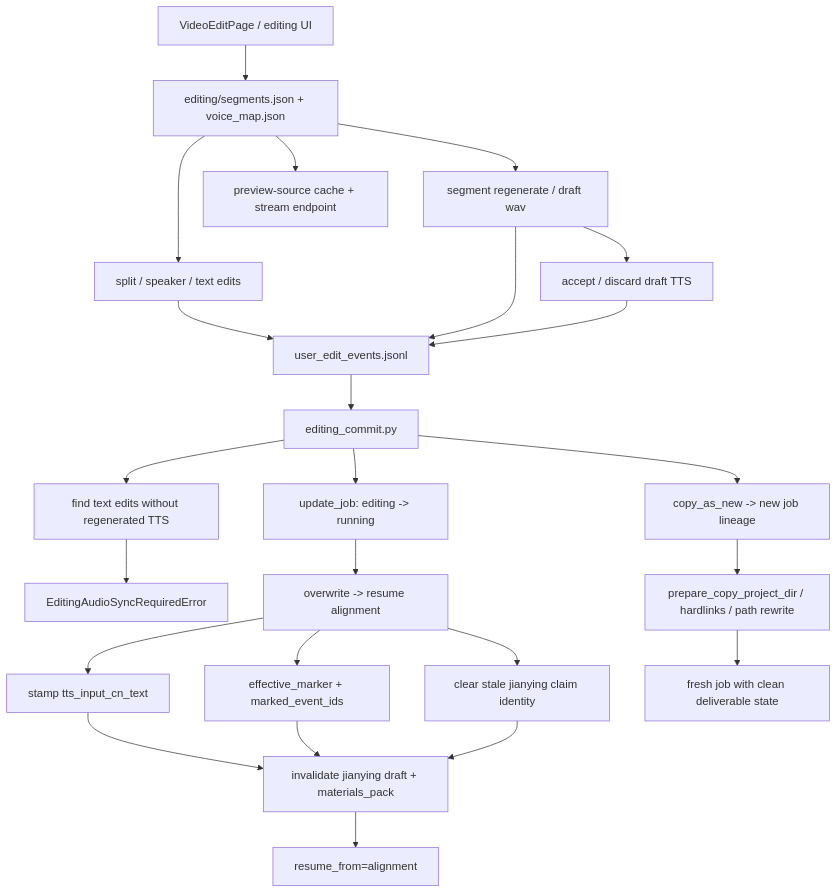
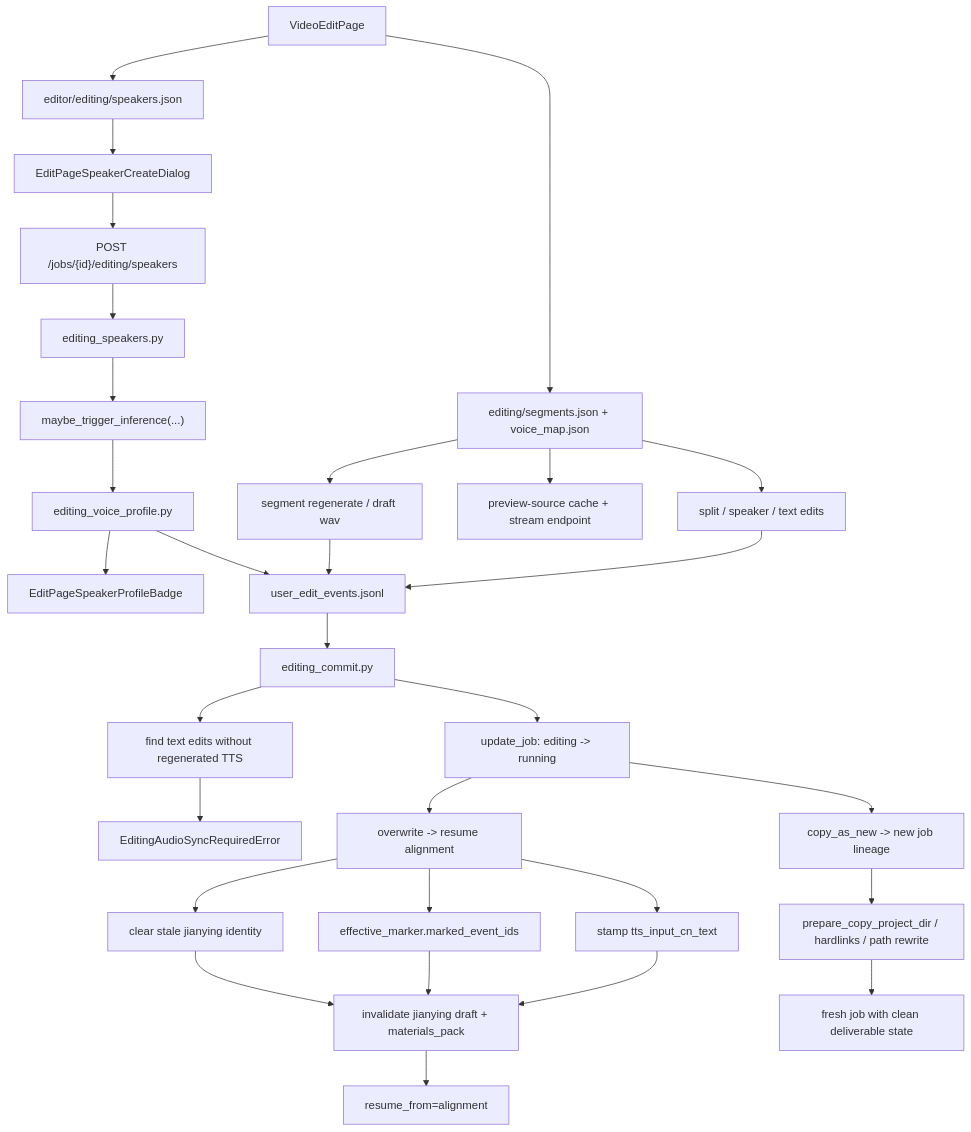
Before and after one commit to sun9bear/AITransVideo: the diagram in docs/graphs/GITNEXUS_EDITING_POST_EDIT_GRAPH.md, drawn with Mermaid. The commit also changed other lines of this file and 5 other files, not shown here.

Commit message:
docs(graphs): refresh GitNexus graphs to 2128003

````diff
--- a/docs/graphs/GITNEXUS_EDITING_POST_EDIT_GRAPH.md
+++ b/docs/graphs/GITNEXUS_EDITING_POST_EDIT_GRAPH.md
@@ -18,30 +18,38 @@
 ```mermaid
 graph TD
-    EditPage["VideoEditPage / editing UI"] --> Segments["editing/segments.json + voice_map.json"]
+    EditPage["VideoEditPage"] --> Segments["editing/segments.json + voice_map.json"]
+    EditPage --> Speakers["editor/editing/speakers.json"]
+
+    Speakers --> CreateDialog["EditPageSpeakerCreateDialog"]
+    CreateDialog --> CreateApi["POST /jobs/{id}/editing/speakers"]
+    CreateApi --> SpeakersSvc["editing_speakers.py"]
+    SpeakersSvc --> ProfileKick["maybe_trigger_inference(...)"]
+    ProfileKick --> ProfileJob["editing_voice_profile.py"]
+    ProfileJob --> ProfileBadge["EditPageSpeakerProfileBadge"]
+
     Segments --> DraftTTS["segment regenerate / draft wav"]
     Segments --> PreviewSource["preview-source cache + stream endpoint"]
-    DraftTTS --> Accept["accept / discard draft TTS"]
     Segments --> Structural["split / speaker / text edits"]
 
     Structural --> Audit["user_edit_events.jsonl"]
     DraftTTS --> Audit
-    Accept --> Audit
+    ProfileJob --> Audit
 
     Audit --> Commit["editing_commit.py"]
     Commit --> SyncCheck["find text edits without regenerated TTS"]
     SyncCheck --> Guard["EditingAudioSyncRequiredError"]
     Commit --> Claim["update_job: editing -> running"]
     Claim --> Overwrite["overwrite -> resume alignment"]
-    Commit --> CopyNew["copy_as_new -> new job lineage"]
+    Claim --> CopyNew["copy_as_new -> new job lineage"]
 
     Overwrite --> Stamp["stamp tts_input_cn_text"]
-    Overwrite --> Marker["effective_marker + marked_event_ids"]
-    Overwrite --> Retire["clear stale jianying claim identity"]
+    Overwrite --> Marker["effective_marker.marked_event_ids"]
+    Overwrite --> Retire["clear stale jianying identity"]
     Stamp --> Reset["invalidate jianying draft + materials_pack"]
     Marker --> Reset
     Retire --> Reset
     Reset --> Resume["resume_from=alignment"]
 
     CopyNew --> Prepare["prepare_copy_project_dir / hardlinks / path rewrite"]
     Prepare --> NewJob["fresh job with clean deliverable state"]
 ```
````
